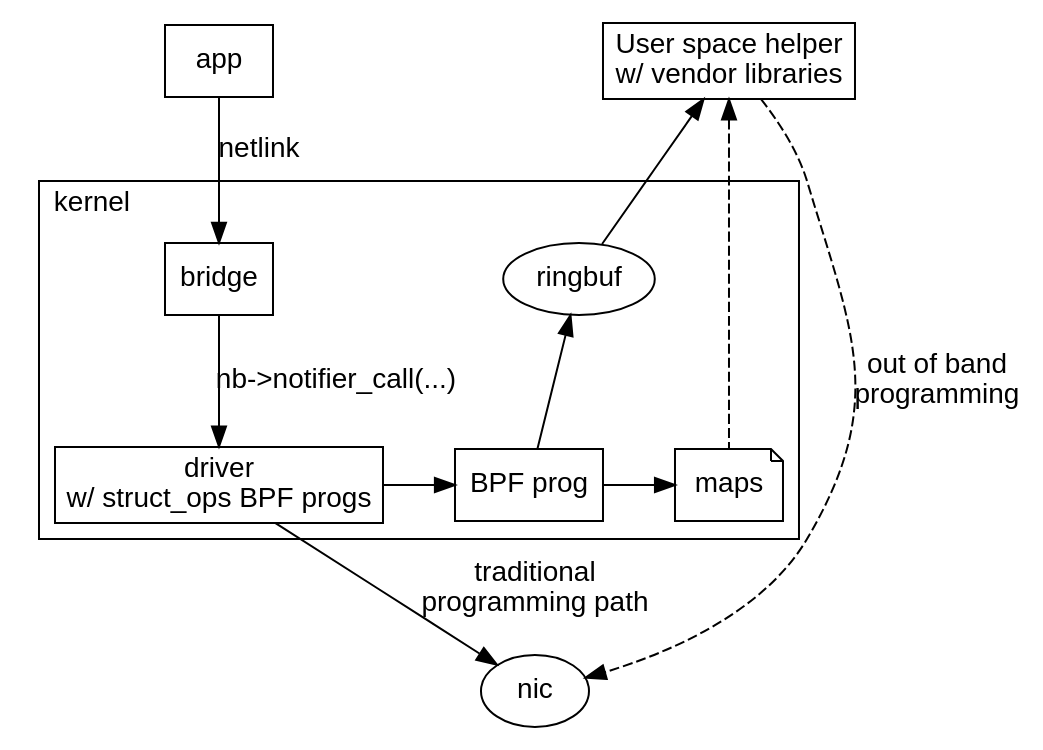
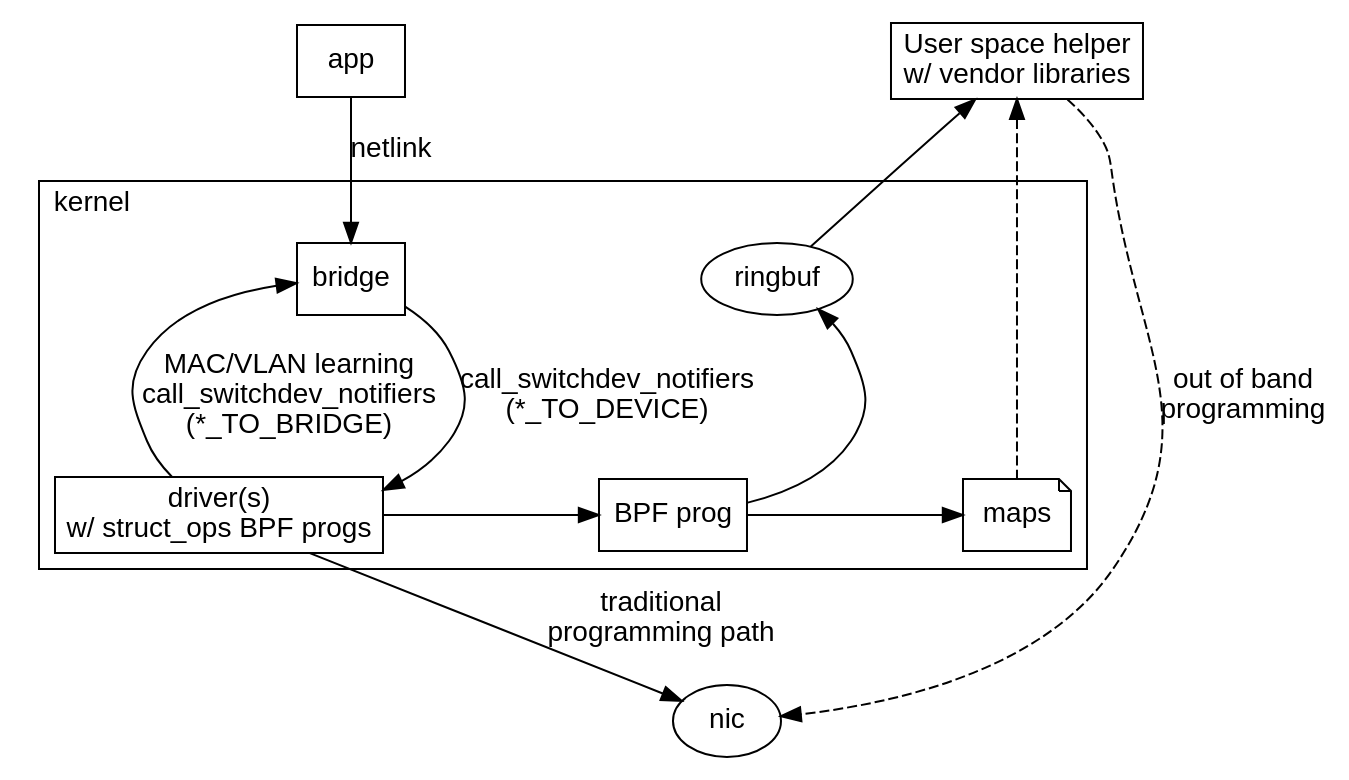
Before and after one commit to donaldh/opi-proto: the fifth of 5 diagrams in netlink/README.org, drawn with Graphviz. The commit also changed 1 other file, not shown here.

Commit message:
Update switchdev diagram to show mac learning.

```diff
--- a/netlink/README.org
+++ b/netlink/README.org
@@ -192,34 +192,36 @@
 #+begin_src dot :file switchdev_offload.png :tangle switchdev_offload.txt :exports results
  digraph switchdev {
         fontname="Arial"
+        nodesep=0.75
         node [fontname="Arial"]
         edge [fontname="Arial"]
 
         subgraph user_space {
                 app [shape=box]
                 listener [shape=box label="User space helper\nw/ vendor libraries"]
                 rank = same;
         }
         subgraph cluster_kernel {
                 label = "kernel"
                 labeljust = "l"
                 bridge [shape=box; label="bridge"]
                 ringbuf
                 {rank = same; bridge; ringbuf}
-                driver [shape=box label="driver\nw/ struct_ops BPF progs"]
+                driver [shape=box label="driver(s)\nw/ struct_ops BPF progs"]
                 bpf [shape=box label="BPF prog"]
                 maps [shape=note]
                 {rank = same; driver; bpf; maps;}
         }
 
         app -> bridge [label="netlink"]
         listener -> ringbuf -> bpf [dir=back]
-        bridge -> driver [label="nb->notifier_call(...)"]
+        bridge -> driver [dir=back label="MAC/VLAN learning\ncall_switchdev_notifiers\n(*_TO_BRIDGE)"]
+        bridge -> driver [label="call_switchdev_notifiers\n(*_TO_DEVICE)"]
         driver -> nic [label="traditional\nprogramming path"]
         driver -> bpf
         bpf -> maps
 
         listener -> nic [label="out of band\nprogramming" style=dashed]
         listener -> maps [style=dashed; dir=back]
  }
 #+end_src
```
